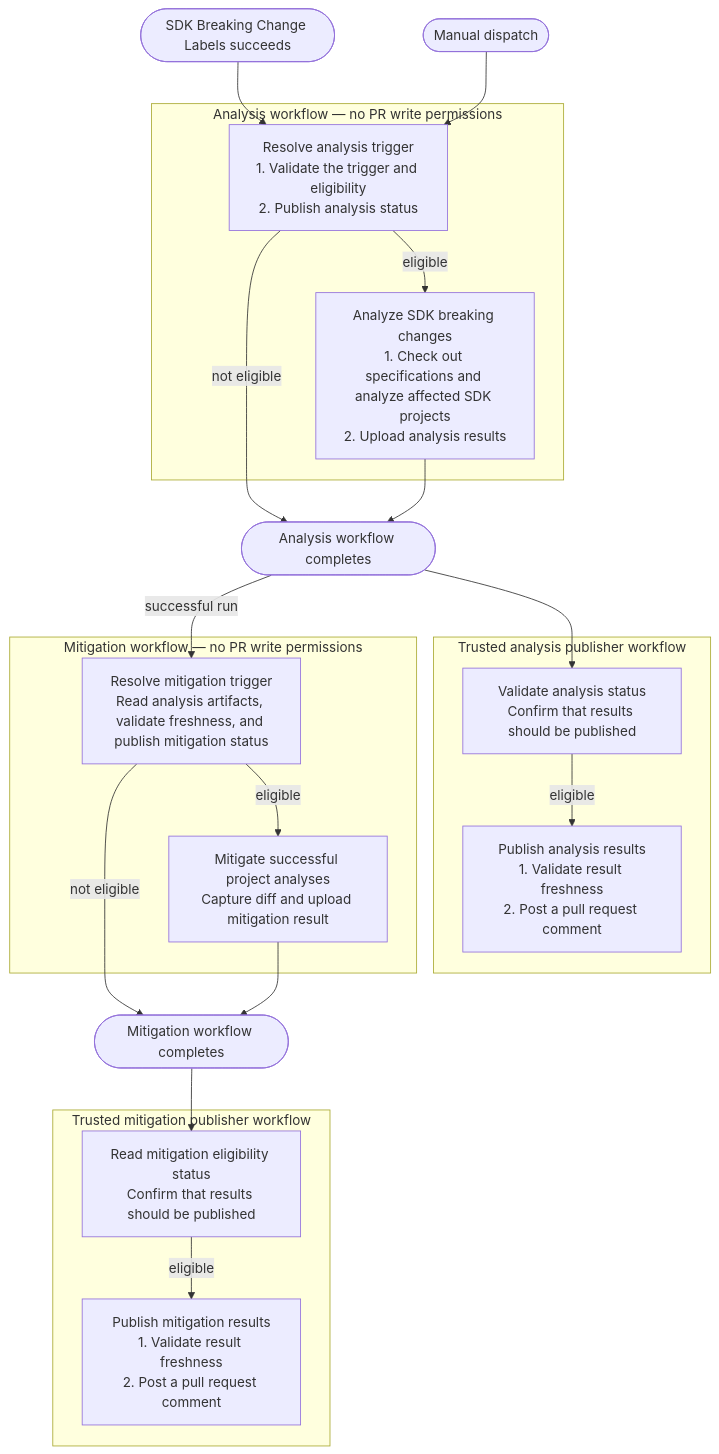
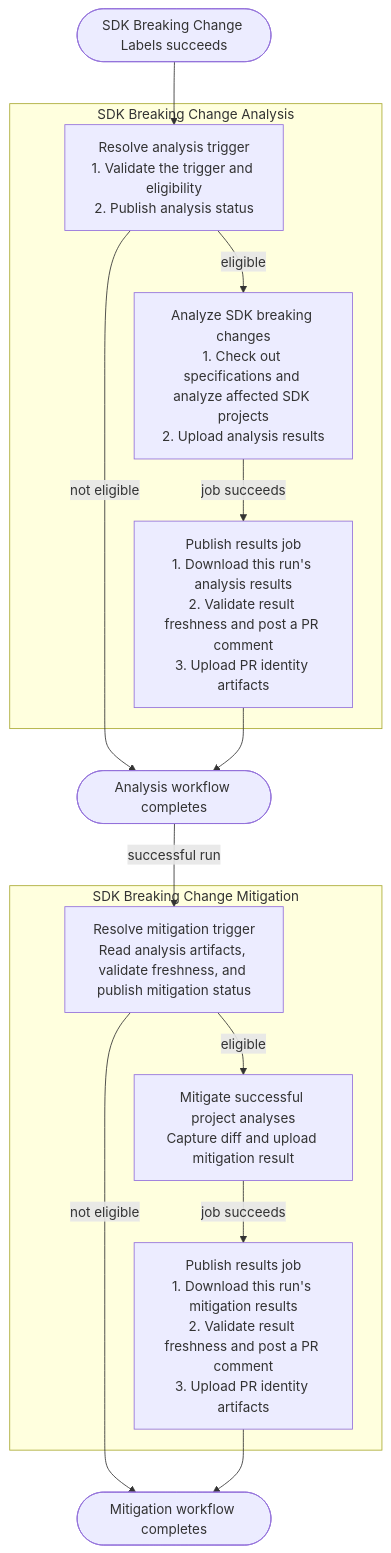
The diagram in .github/workflows/src/sdk-breaking-change/README.md (Azure/azure-rest-api-specs), drawn with Mermaid before and after one commit. The commit also changed other lines of this file and 1 other file, not shown here.

````diff
--- a/.github/workflows/src/sdk-breaking-change/README.md
+++ b/.github/workflows/src/sdk-breaking-change/README.md
@@ -24,42 +22,28 @@
 ```mermaid
 flowchart TD
   L([SDK Breaking Change Labels succeeds])
-  D([Manual dispatch])
 
-  subgraph A["Analysis workflow — no PR write permissions"]
+  subgraph A["SDK Breaking Change Analysis"]
     AG["Resolve analysis trigger<br/>1. Validate the trigger and eligibility<br/>2. Publish analysis status"]
     AC["Analyze SDK breaking changes<br/>1. Check out specifications and analyze affected SDK projects<br/>2. Upload analysis results"]
+    AP["Publish results job<br/>1. Download this run's analysis results<br/>2. Validate result freshness and post a PR comment<br/>3. Upload PR identity artifacts"]
     AG -->|"eligible"| AC
+    AC -->|"job succeeds"| AP
   end
 
   L --> AG
-  D --> AG
   AG -->|"not eligible"| AD([Analysis workflow completes])
-  AC --> AD
+  AP --> AD
 
-  subgraph AP["Trusted analysis publisher workflow"]
-    APR["Validate analysis status<br/>Confirm that results should be published"]
-    APP["Publish analysis results<br/>1. Validate result freshness<br/>2. Post a pull request comment"]
-    APR -->|"eligible"| APP
-  end
-
-  AD --> APR
-
-  subgraph M["Mitigation workflow — no PR write permissions"]
+  subgraph M["SDK Breaking Change Mitigation"]
     MG["Resolve mitigation trigger<br/>Read analysis artifacts, validate freshness, and publish mitigation status"]
     MC["Mitigate successful project analyses<br/>Capture diff and upload mitigation result"]
+    MP["Publish results job<br/>1. Download this run's mitigation results<br/>2. Validate result freshness and post a PR comment<br/>3. Upload PR identity artifacts"]
     MG -->|"eligible"| MC
+    MC -->|"job succeeds"| MP
   end
 
   AD -->|"successful run"| MG
   MG -->|"not eligible"| MD([Mitigation workflow completes])
-  MC --> MD
-
-  subgraph MPP["Trusted mitigation publisher workflow"]
-    MPR["Read mitigation eligibility status<br/>Confirm that results should be published"]
-    MPU["Publish mitigation results<br/>1. Validate result freshness<br/>2. Post a pull request comment"]
-    MPR -->|"eligible"| MPU
-  end
-
-  MD --> MPR
+  MP --> MD
 ```
````
